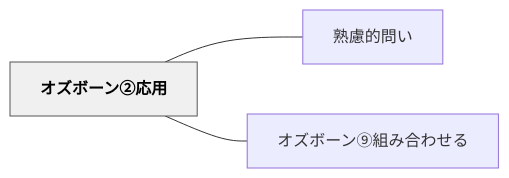
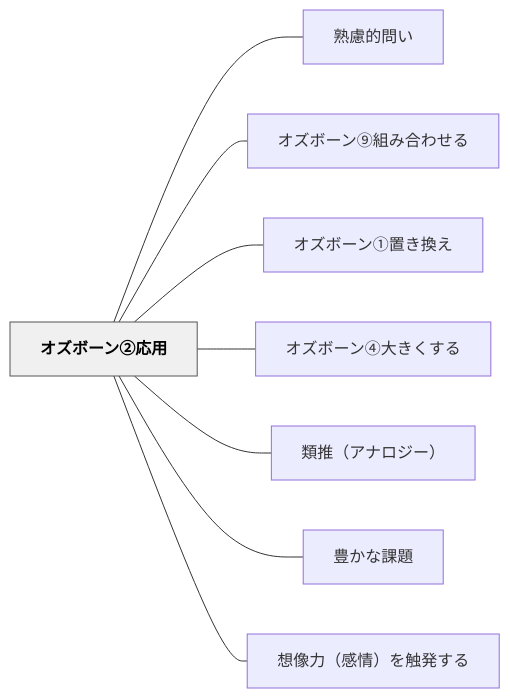
The diagram in content/パタン/オズボーン②応用.md (unknownthings-ed-patterns/unknownthings-ed-patterns), drawn with Mermaid before and after one commit. The commit also changed other lines of this file and 44 other files, not shown here.

````diff
--- a/content/パタン/オズボーン②応用.md
+++ b/content/パタン/オズボーン②応用.md
@@ -45,12 +51,22 @@
 ```mermaid
 flowchart LR
     ne382aae382bae3839ce383bce383b3e291a1e5bf9ce794a8["オズボーン②応用"]
     ne7869fe685aee79a84e5958fe38184["熟慮的問い"]
     ne382aae382bae3839ce383bce383b3e291a8e7b584e381bfe59088e3828fe3819be3828b["オズボーン⑨組み合わせる"]
+    ne382aae382bae3839ce383bce383b3e291a0e7bdaee3818de68f9be38188["オズボーン①置き換え"]
+    ne382aae382bae3839ce383bce383b3e291a3e5a4a7e3818de3818fe38199e3828b["オズボーン④大きくする"]
+    ne9a19ee68ea8efbc88e382a2e3838ae383ade382b8e383bcefbc89["類推（アナロジー）"]
+    ne8b18ae3818be381aae8aab2e9a18c["豊かな課題"]
+    ne683b3e5838fe58a9befbc88e6849fe68385efbc89e38292e8a7a6e799bae38199e3828b["想像力（感情）を触発する"]
 
     ne382aae382bae3839ce383bce383b3e291a1e5bf9ce794a8 --- ne7869fe685aee79a84e5958fe38184
     ne382aae382bae3839ce383bce383b3e291a1e5bf9ce794a8 --- ne382aae382bae3839ce383bce383b3e291a8e7b584e381bfe59088e3828fe3819be3828b
+    ne382aae382bae3839ce383bce383b3e291a1e5bf9ce794a8 --- ne382aae382bae3839ce383bce383b3e291a0e7bdaee3818de68f9be38188
+    ne382aae382bae3839ce383bce383b3e291a1e5bf9ce794a8 --- ne382aae382bae3839ce383bce383b3e291a3e5a4a7e3818de3818fe38199e3828b
+    ne382aae382bae3839ce383bce383b3e291a1e5bf9ce794a8 --- ne9a19ee68ea8efbc88e382a2e3838ae383ade382b8e383bcefbc89
+    ne382aae382bae3839ce383bce383b3e291a1e5bf9ce794a8 --- ne8b18ae3818be381aae8aab2e9a18c
+    ne382aae382bae3839ce383bce383b3e291a1e5bf9ce794a8 --- ne683b3e5838fe58a9befbc88e6849fe68385efbc89e38292e8a7a6e799bae38199e3828b
 
     classDef hub fill:#f0f0f0,stroke:#555,color:#000,font-weight:bold
     class ne382aae382bae3839ce383bce383b3e291a1e5bf9ce794a8 hub
 ```
````
